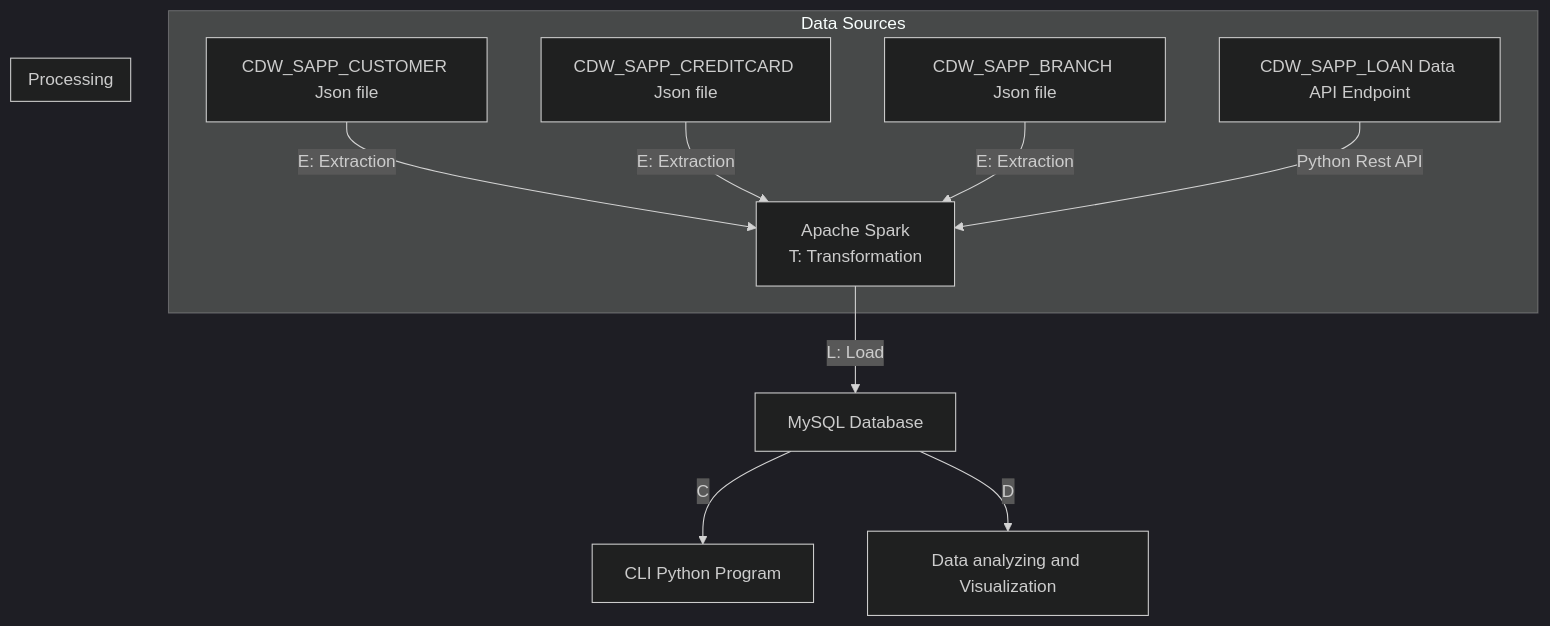
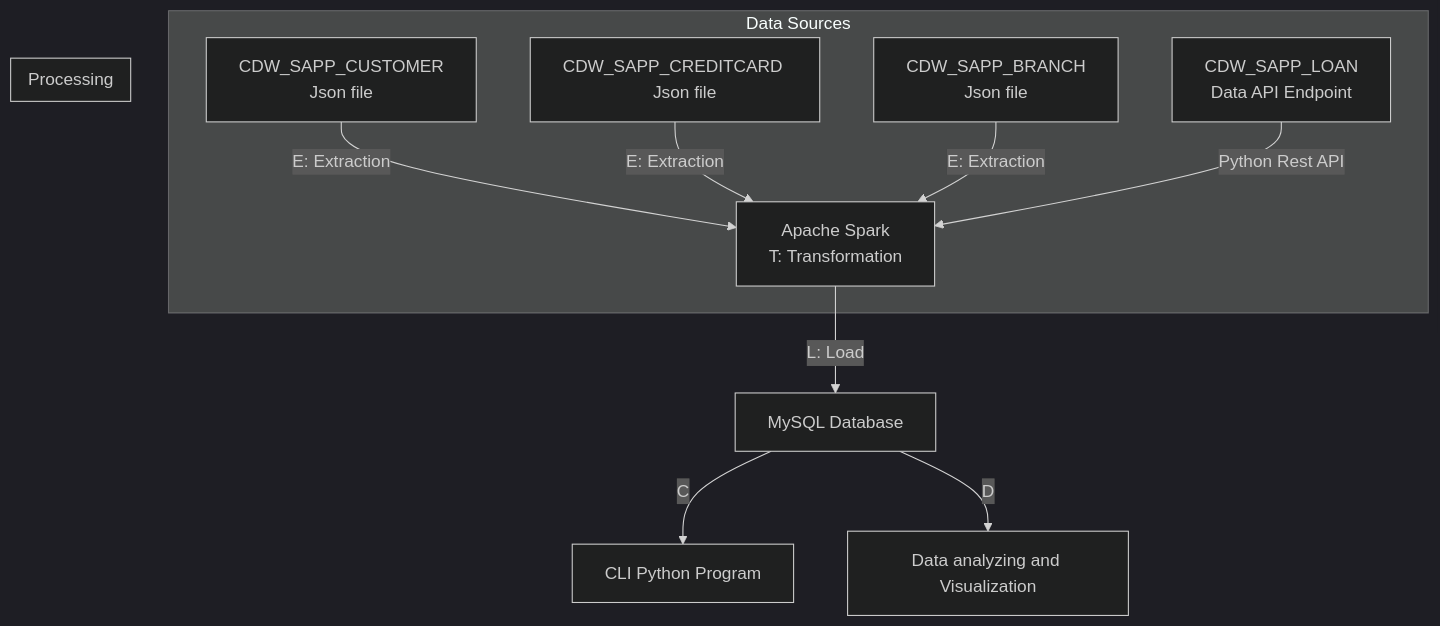
Before and after one commit to LarryChenCode/LoanAndCreditCard_ETL_Capstone: the diagram in README.md, drawn with Mermaid (dark theme).

````diff
--- a/README.md
+++ b/README.md
@@ -41,18 +41,22 @@
 ```mermaid
 graph TB
   subgraph "Data Sources"
-    A[CDW_SAPP_CUSTOMER Json file] -->|E: Extraction| B
-    C[CDW_SAPP_CREDITCARD Json file] -->|E: Extraction| B
-    D[CDW_SAPP_BRANCH Json file] -->|E: Extraction| B
-    E[CDW_SAPP_LOAN Data API Endpoint] -->|Python Rest API| B
+    A[CDW_SAPP_CUSTOMER 
+    Json file] -->|E: Extraction| B
+    C[CDW_SAPP_CREDITCARD 
+    Json file] -->|E: Extraction| B
+    D[CDW_SAPP_BRANCH 
+    Json file] -->|E: Extraction| B
+    E[CDW_SAPP_LOAN 
+    Data API Endpoint] -->|Python Rest API| B
   end
   
   subgraph "Processing"
     B[Apache Spark
     T: Transformation]
   end
   
   B -->|L: Load| F[MySQL Database]
   F -->|C| G[CLI Python Program]
   F -->|D| H[Data analyzing and Visualization]
 ```
````
